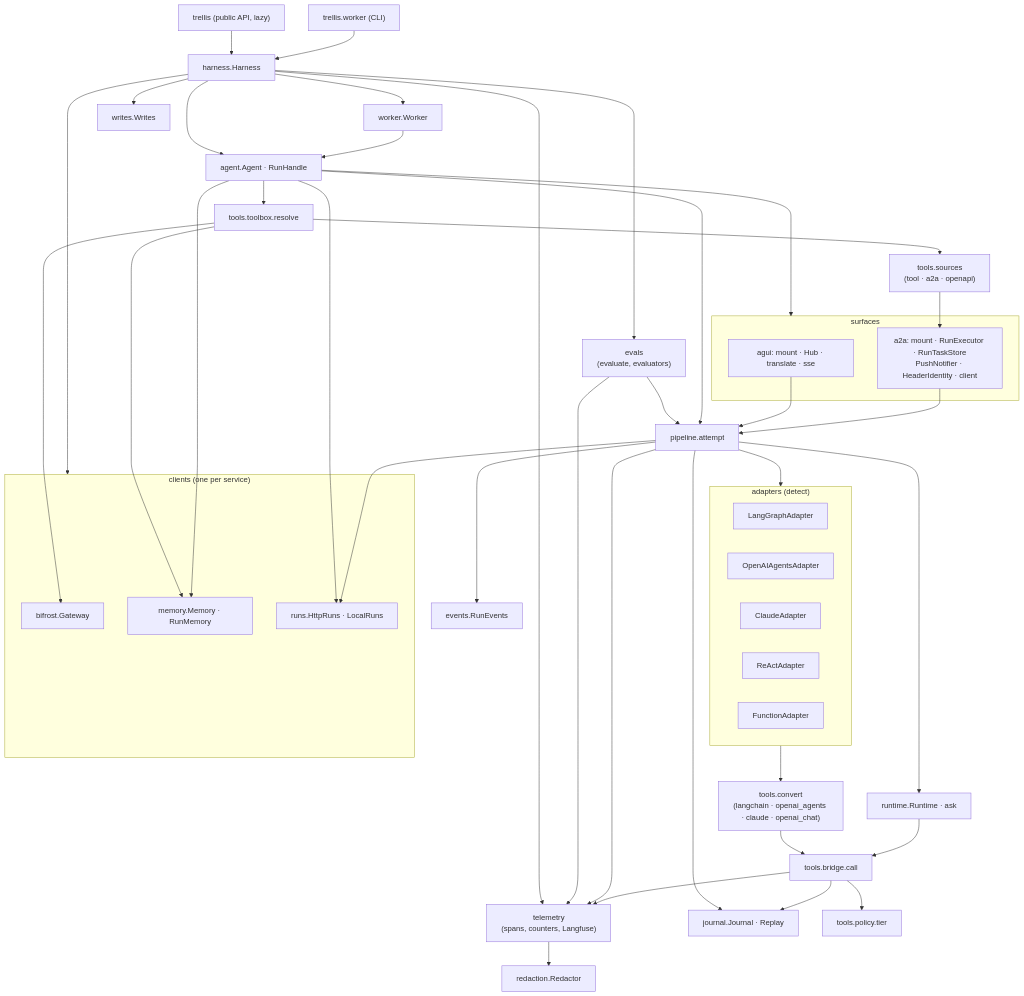
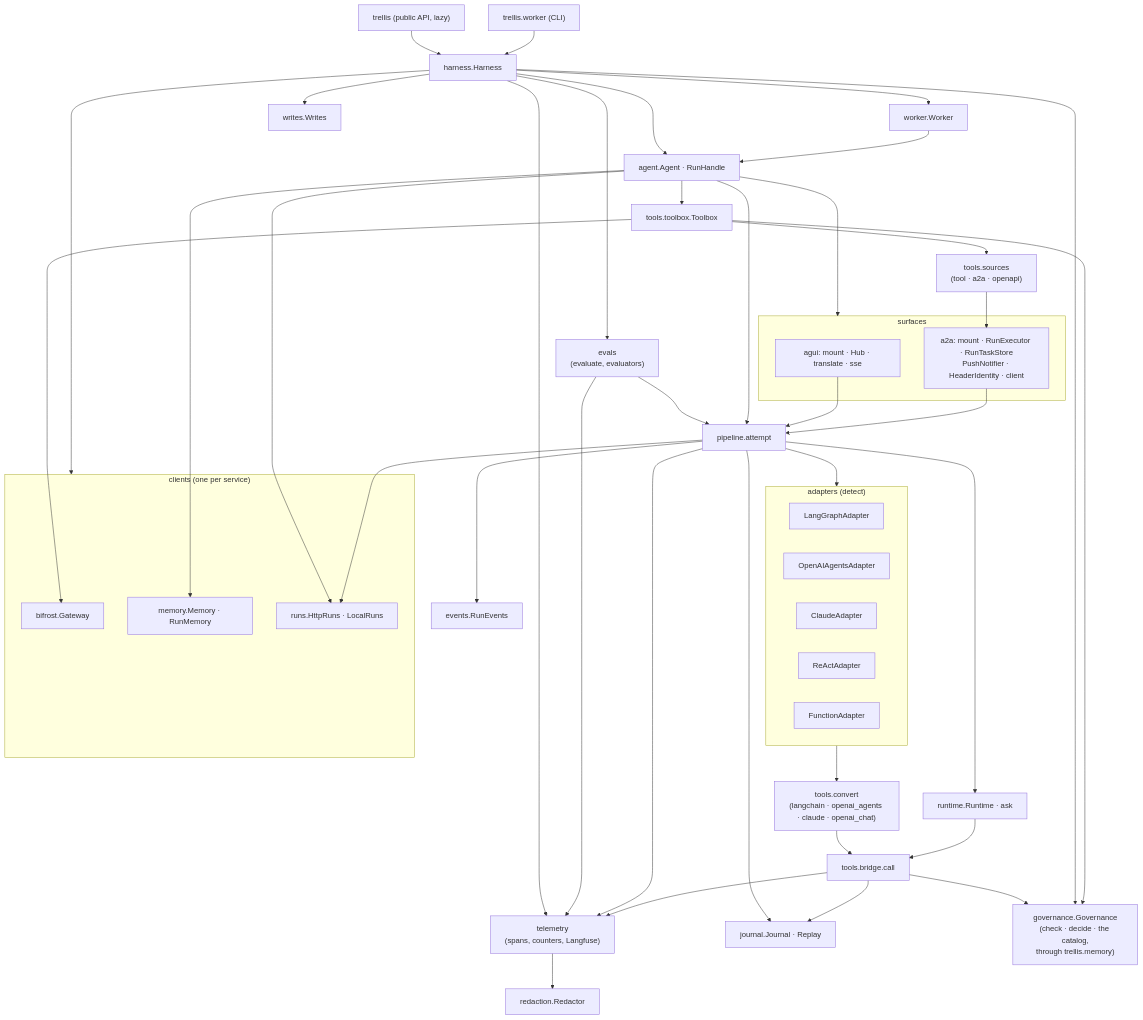
The second of 10 diagrams in ARCHITECTURE.md (amitmohapatra/agent-harness), drawn with Mermaid before and after one commit. The commit also changed other lines of this file and 39 other files, not shown here.

First line of the commit message:
Governance becomes its own block: trellis.harness.governance

````diff
--- a/ARCHITECTURE.md
+++ b/ARCHITECTURE.md
@@ -93,54 +100,55 @@
 ```mermaid
 flowchart TB
   api["trellis (public API, lazy)"] --> harness["harness.Harness"]
   cli["trellis.worker (CLI)"] --> harness
   harness --> agent["agent.Agent · RunHandle"]
   harness --> workerm["worker.Worker"]
   harness --> writes["writes.Writes"]
   harness --> telemetry["telemetry<br/>(spans, counters, Langfuse)"]
   harness --> evals["evals<br/>(evaluate, evaluators)"]
   evals --> pipeline
   evals --> telemetry
   workerm --> agent
   agent --> pipeline["pipeline.attempt"]
   agent --> surfaces
   subgraph surfaces["surfaces"]
     agui["agui: mount · Hub · translate · sse"]
     a2a["a2a: mount · RunExecutor · RunTaskStore<br/>PushNotifier · HeaderIdentity · client"]
   end
   agui --> pipeline
   a2a --> pipeline
   pipeline --> runtime["runtime.Runtime · ask"]
   pipeline --> journal["journal.Journal · Replay"]
   pipeline --> events["events.RunEvents"]
   pipeline --> adapters
   subgraph adapters["adapters (detect)"]
     langgraph["LangGraphAdapter"]
     openai["OpenAIAgentsAdapter"]
     claude["ClaudeAdapter"]
     react["ReActAdapter"]
     function["FunctionAdapter"]
   end
   adapters --> convert["tools.convert<br/>(langchain · openai_agents · claude · openai_chat)"]
   convert --> bridge["tools.bridge.call"]
   runtime --> bridge
-  bridge --> policy["tools.policy.tier"]
+  bridge --> governance["governance.Governance<br/>(check · decide · the catalog,<br/>through trellis.memory)"]
   bridge --> journal
-  agent --> toolbox["tools.toolbox.resolve"]
+  harness --> governance
+  agent --> toolbox["tools.toolbox.Toolbox"]
+  toolbox --> governance
   toolbox --> sources["tools.sources<br/>(tool · a2a · openapi)"]
   sources --> a2a
   subgraph clients["clients (one per service)"]
     bifrost["bifrost.Gateway"]
     memory["memory.Memory · RunMemory"]
     runs["runs.HttpRuns · LocalRuns"]
   end
   toolbox --> bifrost
-  toolbox --> memory
   agent --> memory
   agent --> runs
   pipeline --> runs
   harness --> clients
   telemetry --> redaction["redaction.Redactor"]
   pipeline --> telemetry
   bridge --> telemetry
 ```
````
